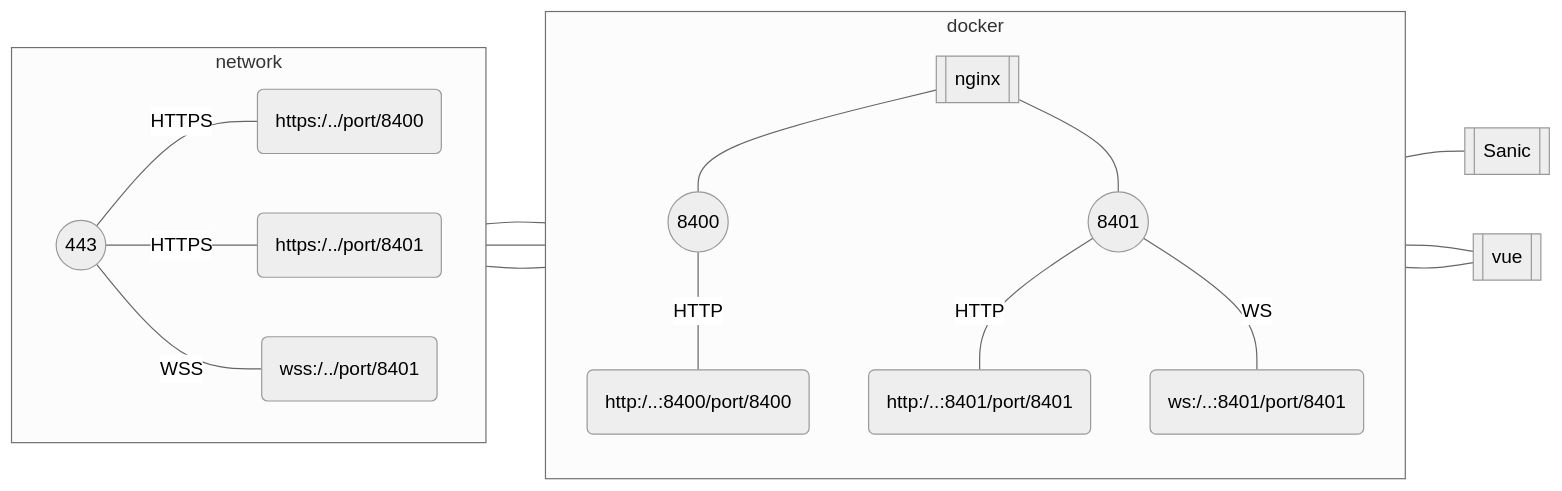
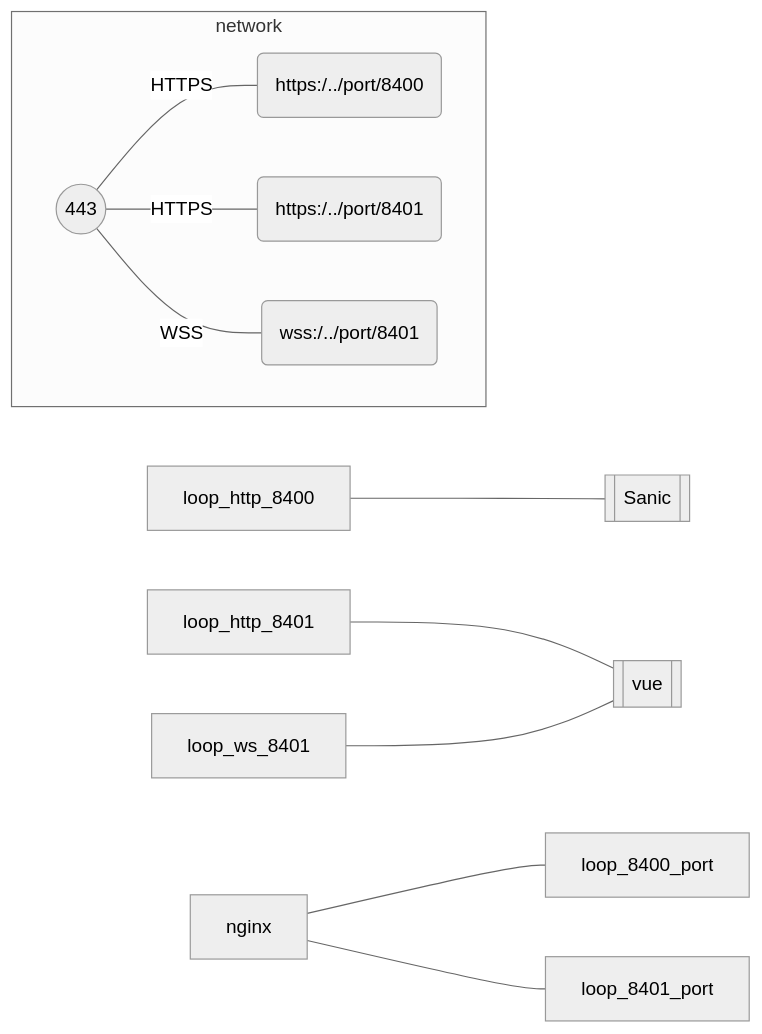
The third of 5 diagrams in natural4-server/natural4_server/nginx-proxy.md (smucclaw/gsheet), drawn with Mermaid (neutral theme) before and after one commit.

````diff
--- a/natural4-server/natural4_server/nginx-proxy.md
+++ b/natural4-server/natural4_server/nginx-proxy.md
@@ -64,28 +64,18 @@
 ```mermaid
 flowchart LR
     subgraph network
         direction LR
         network_tls((  ))-- HTTPS ---network_https_8400(https:/../port/8400)
         network_tls((  ))-- HTTPS ---network_https_8401(https:/../port/8401)
         network_tls(( 443 ))-- WSS ---network_wss_8401(wss:/../port/8401)
     end
 
-    subgraph docker
-        direction TD
-        nginx[[nginx]]
-        network_https_8400 --- nginx
-        network_https_8401 --- nginx
-        network_wss_8401 --- nginx
 
-        loop_8400_port(( 8400 ))-- HTTP ---loop_http_8400(http:/..:8400/port/8400)
-        loop_8401_port(( 8401 ))-- HTTP ---loop_http_8401(http:/..:8401/port/8401)
-        loop_8401_port(( 8401 ))-- WS ---loop_ws_8401(ws:/..:8401/port/8401)
-    end
 
     loop_http_8400---sanic[[ Sanic ]]
     loop_http_8401---vue[[ vue ]]
     loop_ws_8401---vue
     nginx---loop_8400_port
     nginx---loop_8401_port
  
 ```
````
